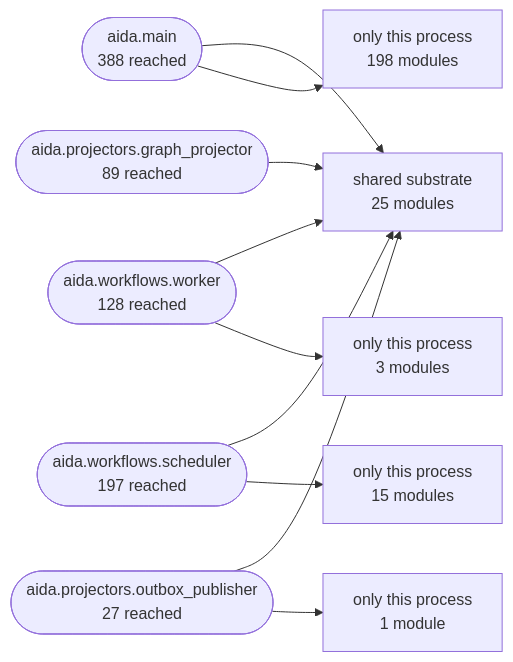
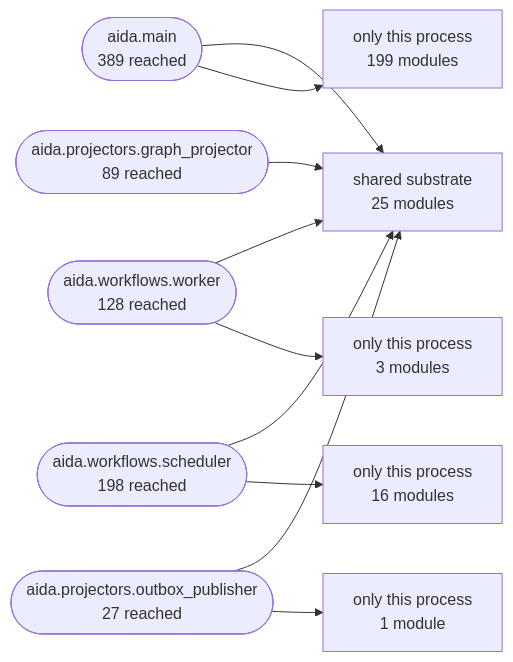
The second of 3 diagrams in Docs/10-architecture/14-generated-architecture-map.md (karuppusamym/AIDataAnalyst), drawn with Mermaid before and after one commit. The commit also changed other lines of this file and 102 other files, not shown here.

````diff
--- a/Docs/10-architecture/14-generated-architecture-map.md
+++ b/Docs/10-architecture/14-generated-architecture-map.md
@@ -179,22 +179,22 @@
 ```mermaid
 graph LR
   shared["shared substrate<br/>25 modules"]
-  aida_main(["aida.main<br/>388 reached"])
+  aida_main(["aida.main<br/>389 reached"])
   aida_workflows_worker(["aida.workflows.worker<br/>128 reached"])
-  aida_workflows_scheduler(["aida.workflows.scheduler<br/>197 reached"])
+  aida_workflows_scheduler(["aida.workflows.scheduler<br/>198 reached"])
   aida_projectors_graph_projector(["aida.projectors.graph_projector<br/>89 reached"])
   aida_projectors_outbox_publisher(["aida.projectors.outbox_publisher<br/>27 reached"])
   aida_main --> shared
-  only_aida_main["only this process<br/>198 modules"]
+  only_aida_main["only this process<br/>199 modules"]
   aida_main --> only_aida_main
   aida_workflows_worker --> shared
   only_aida_workflows_worker["only this process<br/>3 modules"]
   aida_workflows_worker --> only_aida_workflows_worker
   aida_workflows_scheduler --> shared
-  only_aida_workflows_scheduler["only this process<br/>15 modules"]
+  only_aida_workflows_scheduler["only this process<br/>16 modules"]
   aida_workflows_scheduler --> only_aida_workflows_scheduler
   aida_projectors_graph_projector --> shared
   aida_projectors_outbox_publisher --> shared
   only_aida_projectors_outbox_publisher["only this process<br/>1 module"]
   aida_projectors_outbox_publisher --> only_aida_projectors_outbox_publisher
 ```
````
